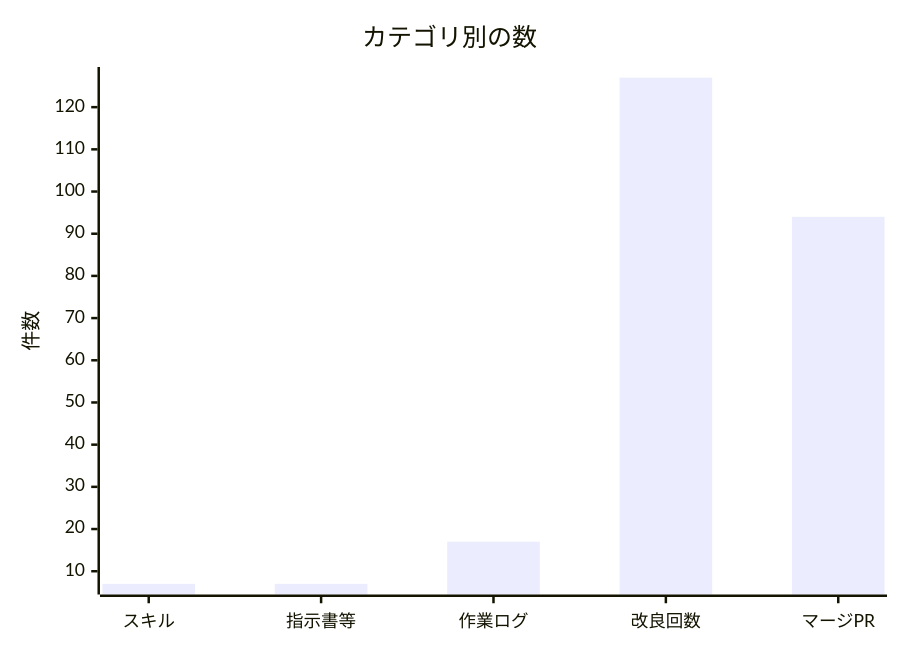
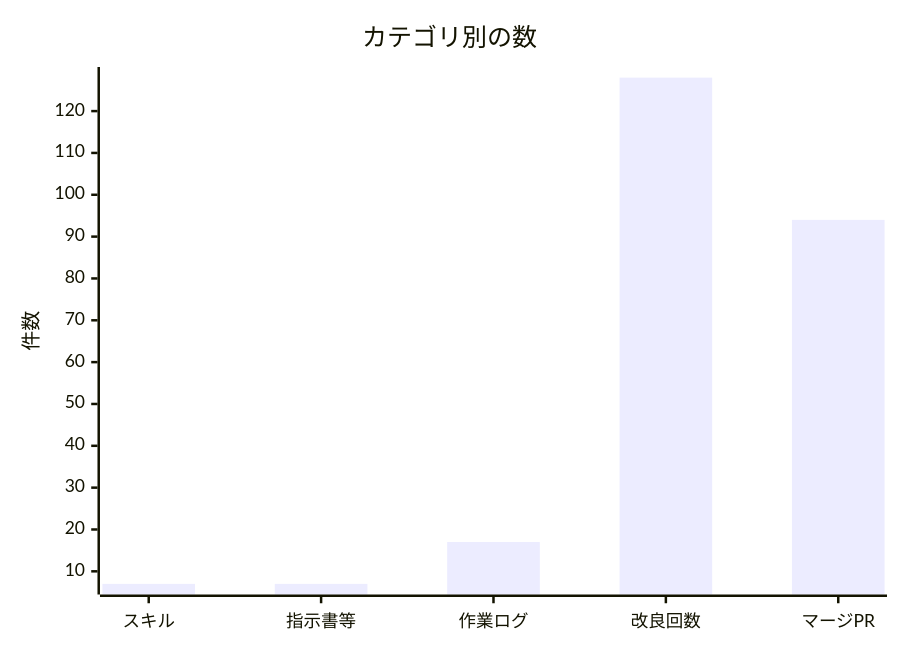
Before and after one commit to non-x2/non-x2: the second of 2 diagrams in docs/進化レポート.md, drawn with Mermaid. The commit also changed other lines of this file and 1 other file, not shown here.

````diff
--- a/docs/進化レポート.md
+++ b/docs/進化レポート.md
@@ -35,7 +35,7 @@
 ```mermaid
 xychart-beta
     title "カテゴリ別の数"
     x-axis ["スキル", "指示書等", "作業ログ", "改良回数", "マージPR"]
     y-axis "件数"
-    bar [7, 7, 17, 127, 94]
+    bar [7, 7, 17, 128, 94]
 ```
````
